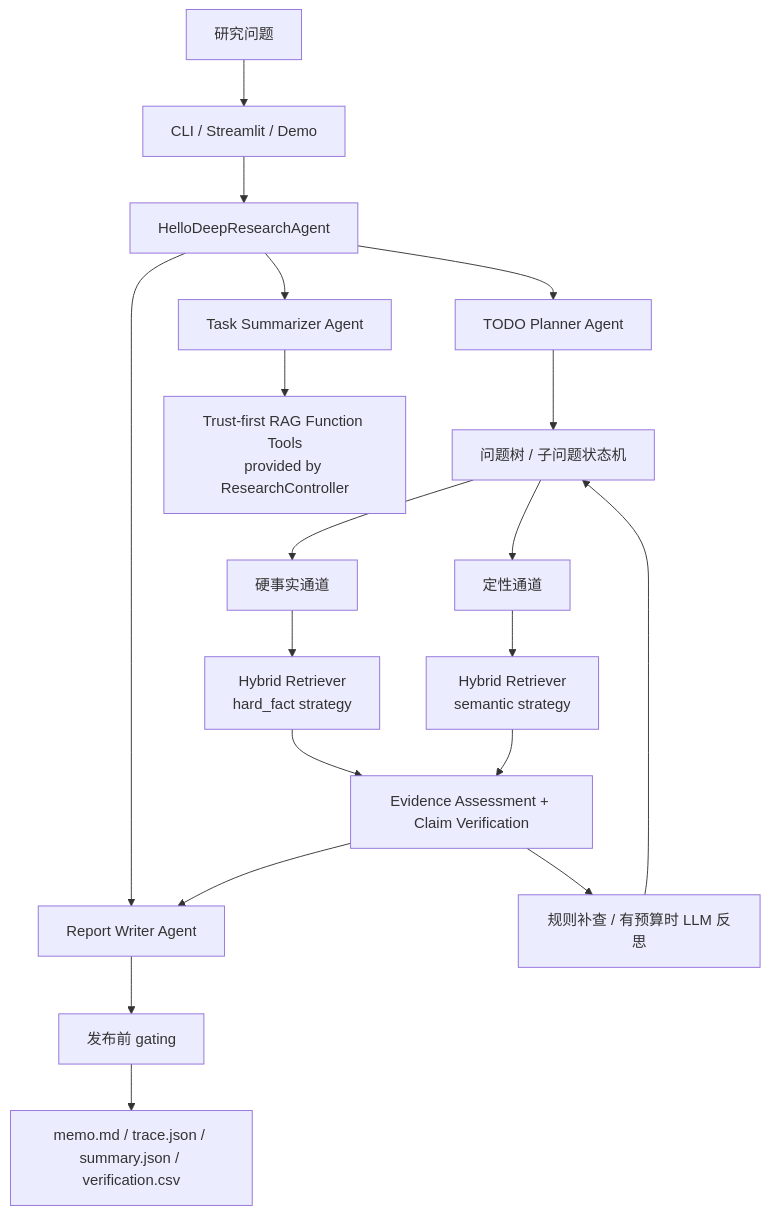
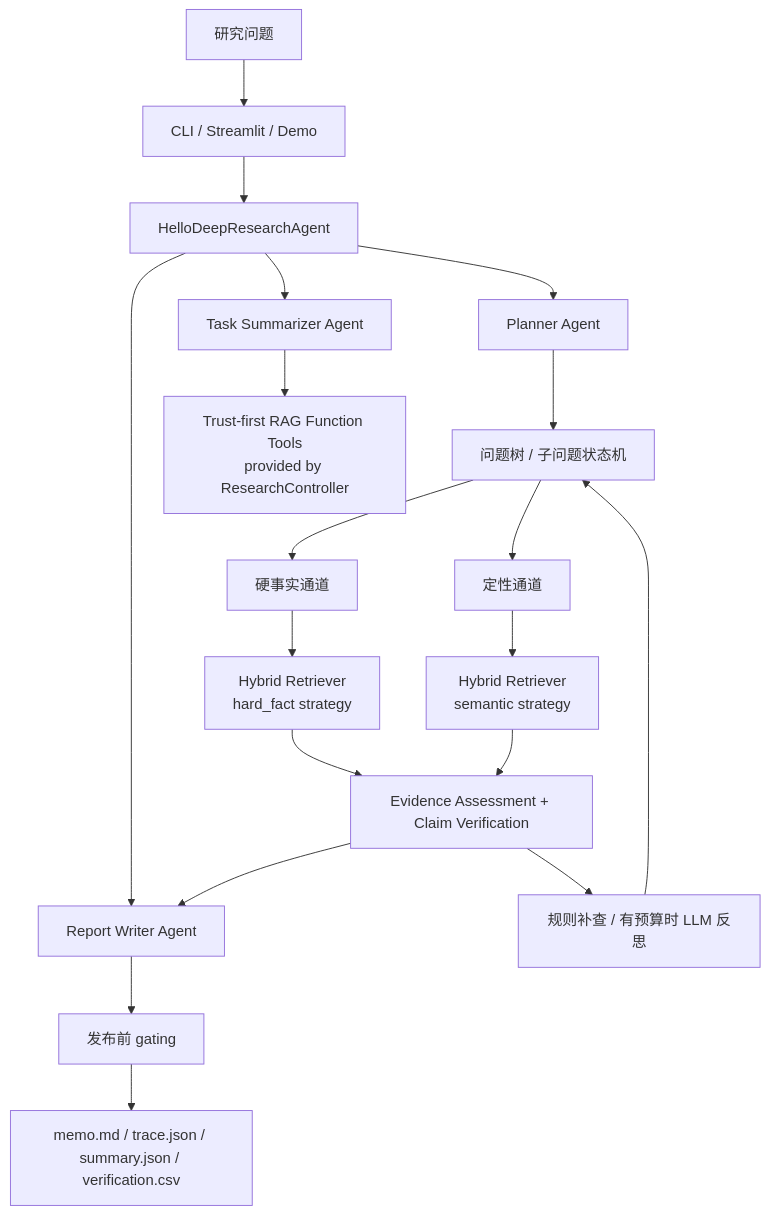
One commit to zuesjiang-cyber/bizintel-agent changed the diagram in README.md. Above: the diagram before and after it, drawn with Mermaid. The commit also changed other lines of this file and 4 other files, not shown here.

````diff
--- a/README.md
+++ b/README.md
@@ -42,26 +150,26 @@
 ```mermaid
 flowchart TD
     User["研究问题"] --> Entry["CLI / Streamlit / Demo"]
     Entry --> Agent["HelloDeepResearchAgent"]
-    Agent --> Planner["TODO Planner Agent"]
+    Agent --> Planner["Planner Agent"]
     Agent --> Summarizer["Task Summarizer Agent"]
     Agent --> Writer["Report Writer Agent"]
 
     Planner --> Tree["问题树 / 子问题状态机"]
     Summarizer --> Tools["Trust-first RAG Function Tools<br/>provided by ResearchController"]
 
     Tree --> HF["硬事实通道"]
     Tree --> SM["定性通道"]
 
     HF --> RetrieveHF["Hybrid Retriever\nhard_fact strategy"]
     SM --> RetrieveSM["Hybrid Retriever\nsemantic strategy"]
 
     RetrieveHF --> Verify["Evidence Assessment + Claim Verification"]
     RetrieveSM --> Verify
 
     Verify --> Followup["规则补查 / 有预算时 LLM 反思"]
     Followup --> Tree
     Verify --> Writer
     Writer --> Gate["发布前 gating"]
     Gate --> Output["memo.md / trace.json / summary.json / verification.csv"]
 ```
````
